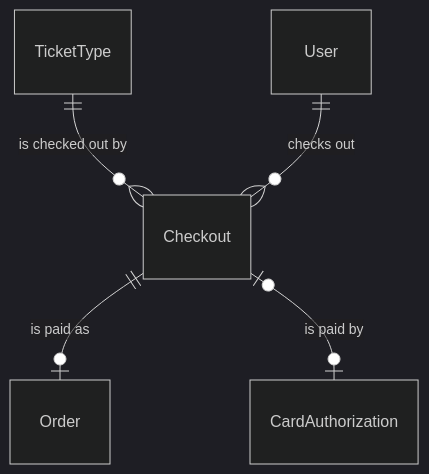
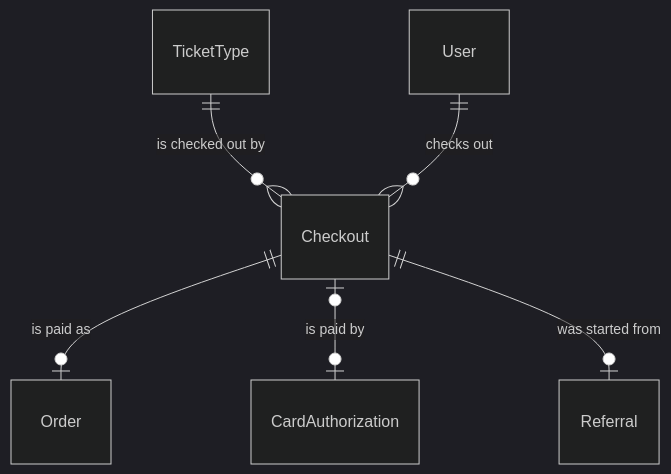
The first of 2 diagrams in openspec/specs/components/entity/checkout/spec.md (liverty-music/specification), drawn with Mermaid (dark theme) before and after one commit. The commit also changed 9 other files, not shown here.

````diff
--- a/openspec/specs/components/entity/checkout/spec.md
+++ b/openspec/specs/components/entity/checkout/spec.md
@@ -20,7 +20,8 @@
 ```mermaid
 erDiagram
   TicketType ||--o{ Checkout : "is checked out by"
   User ||--o{ Checkout : "checks out"
   Checkout ||--o| Order : "is paid as"
   Checkout |o--o| CardAuthorization : "is paid by"
+  Checkout ||--o| Referral : "was started from"
 ```
````
